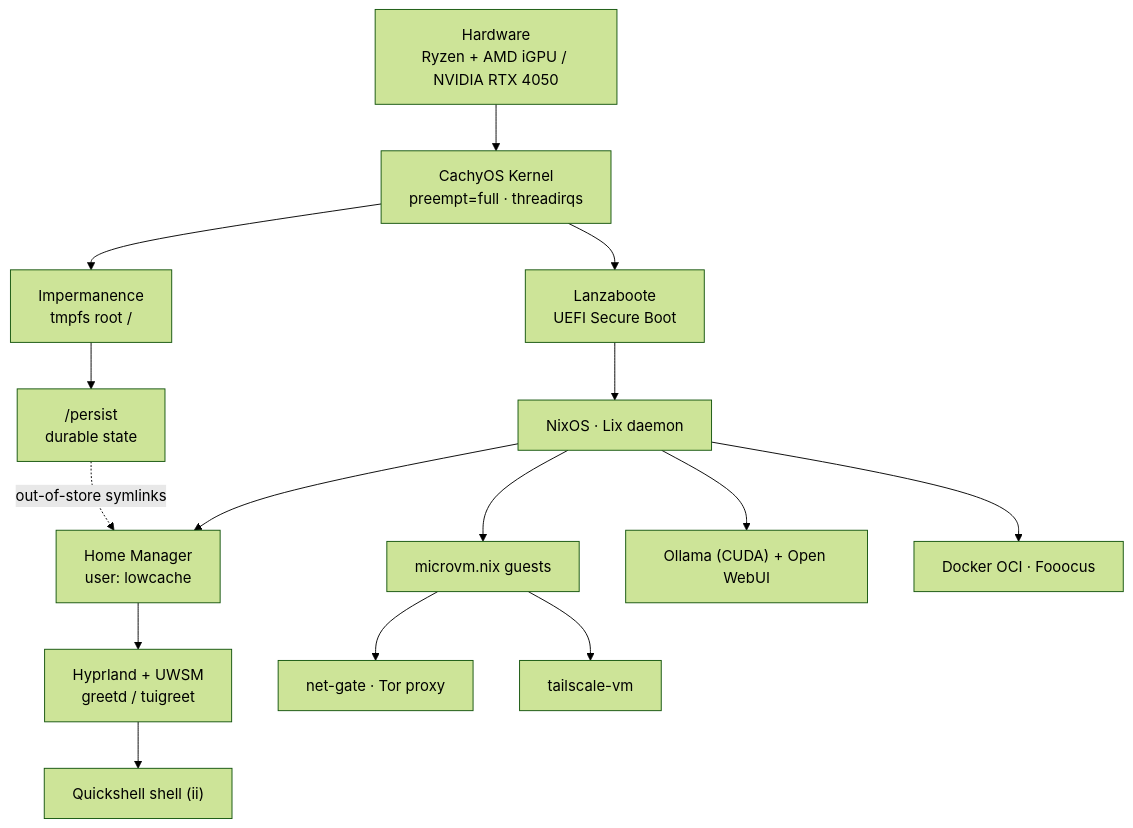
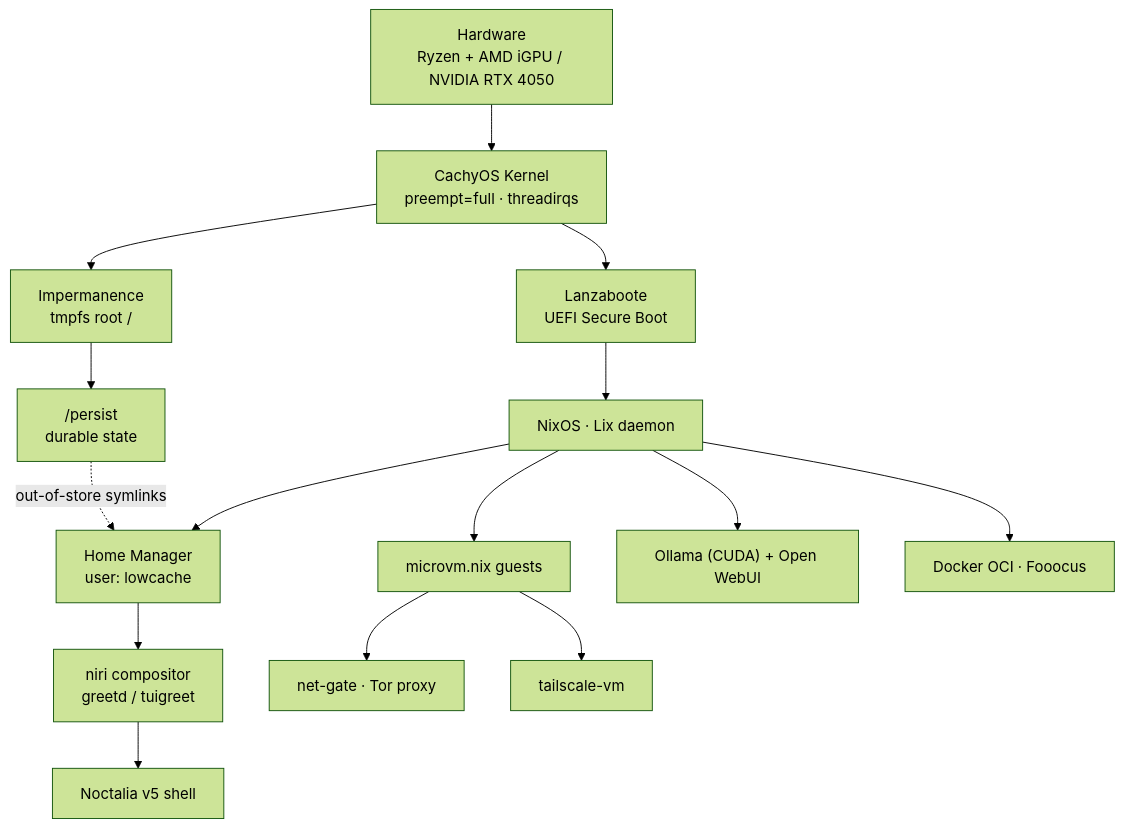
Before and after one commit to lowcache/infernalnixos: the diagram in docs/architecture/index.md, drawn with Mermaid (forest theme). The commit also changed other lines of this file and 1026 other files, not shown here.

First line of the commit message:
desktop: remove Hyprland + ii/quickshell; niri+Noctalia is now the sole desktop

````diff
--- a/docs/architecture/index.md
+++ b/docs/architecture/index.md
@@ -7,17 +7,17 @@
 ```mermaid
 graph TD
     HW["Hardware<br/>Ryzen + AMD iGPU / NVIDIA RTX 4050"] --> K["CachyOS Kernel<br/>preempt=full · threadirqs"]
     K --> LB["Lanzaboote<br/>UEFI Secure Boot"]
     K --> IMP["Impermanence<br/>tmpfs root /"]
     IMP --> P["/persist<br/>durable state"]
     LB --> NIX["NixOS · Lix daemon"]
     NIX --> HM["Home Manager<br/>user: lowcache"]
-    HM --> HYP["Hyprland + UWSM<br/>greetd / tuigreet"]
-    HYP --> QS["Quickshell shell (ii)"]
+    HM --> NIRI["niri compositor<br/>greetd / tuigreet"]
+    NIRI --> NOCT["Noctalia v5 shell"]
     NIX --> VM["microvm.nix guests"]
     VM --> TOR["net-gate · Tor proxy"]
     VM --> TS["tailscale-vm"]
     NIX --> AI["Ollama (CUDA) + Open WebUI"]
     NIX --> DK["Docker OCI · Fooocus"]
     P -. out-of-store symlinks .-> HM
 ```
````
